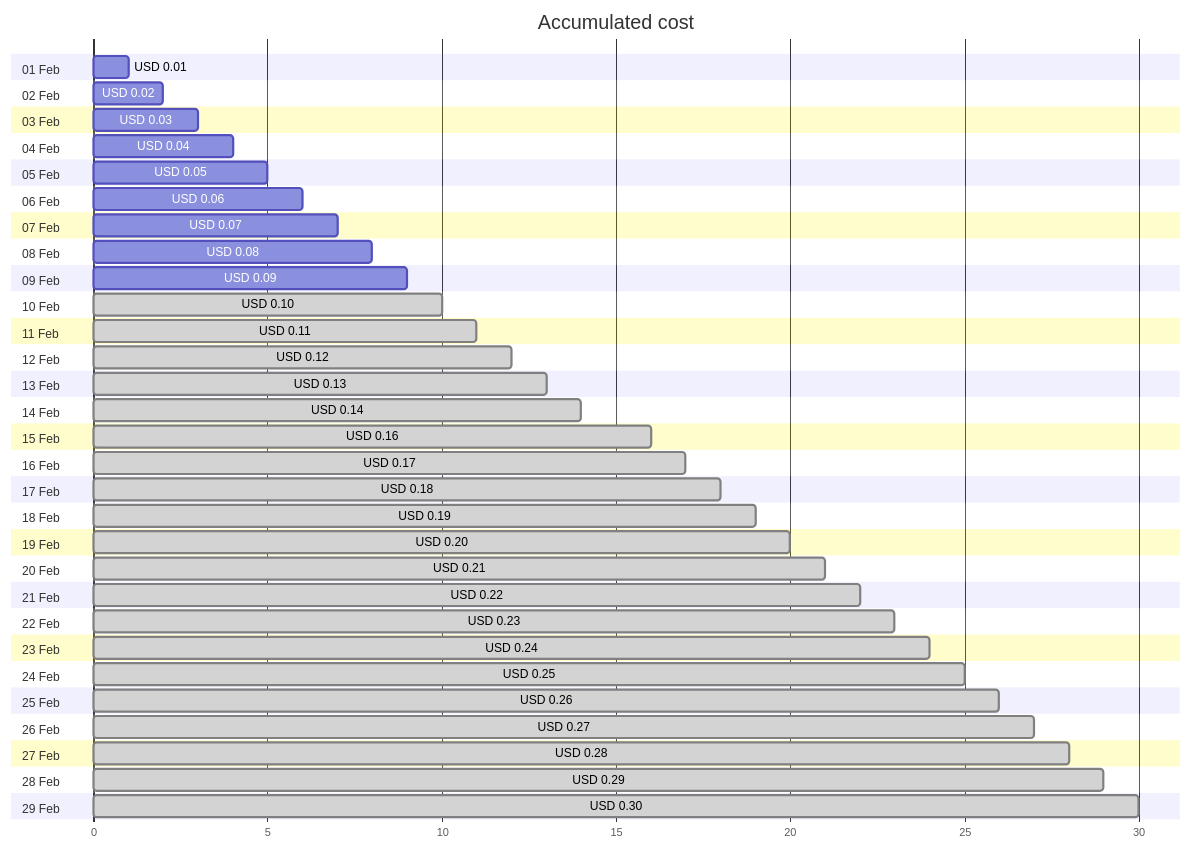
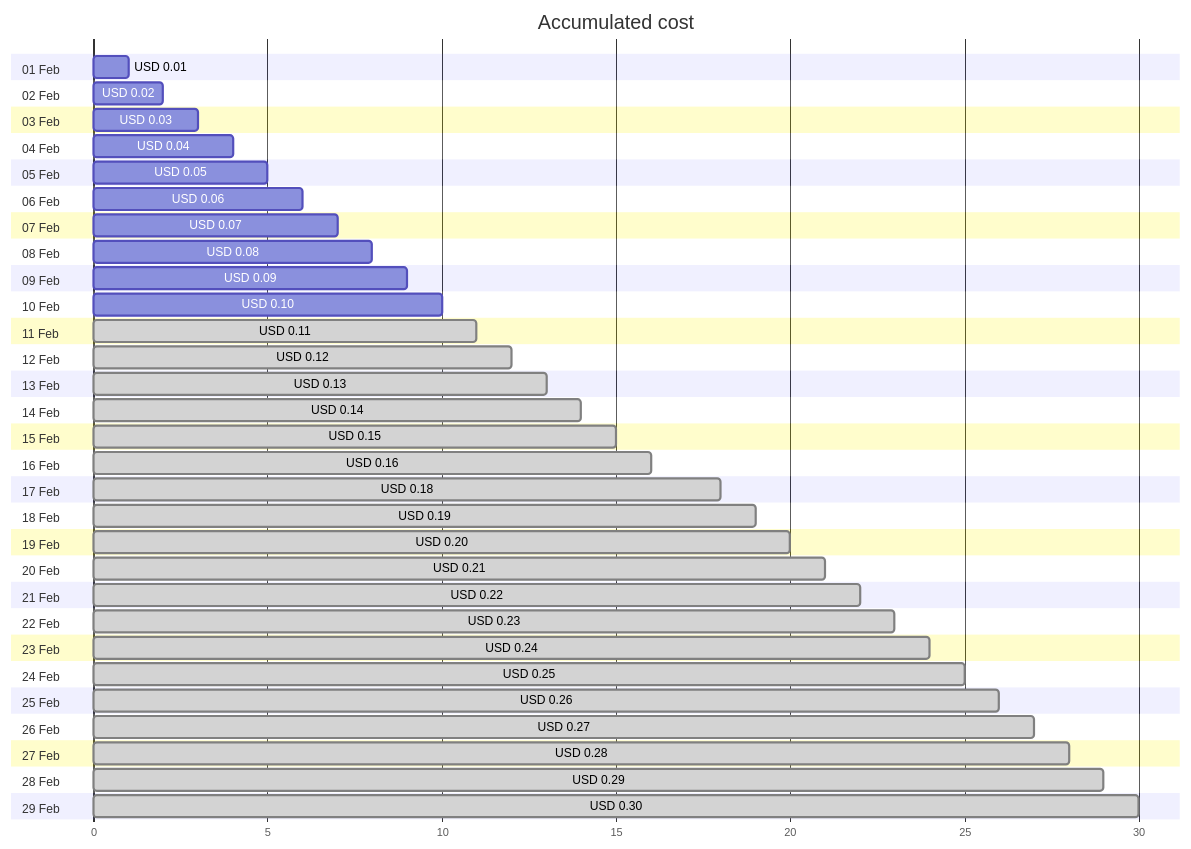
Before and after one commit to jpfulton/azure-personal-reports: the first of 4 diagrams in cost-reports/cloud-shell-storage-eastus/README.md, drawn with Mermaid. The commit also changed other lines of this file and 1 other file, not shown here.

````diff
--- a/cost-reports/cloud-shell-storage-eastus/README.md
+++ b/cost-reports/cloud-shell-storage-eastus/README.md
@@ -20,64 +20,64 @@
 ```mermaid
 gantt
    title Accumulated cost
    dateFormat  X
    axisFormat %s
    section 01 Feb
    USD 0.01 :0, 1
    section 02 Feb
    USD 0.02 :0, 2
    section 03 Feb
    USD 0.03 :0, 3
    section 04 Feb
    USD 0.04 :0, 4
    section 05 Feb
    USD 0.05 :0, 5
    section 06 Feb
    USD 0.06 :0, 6
    section 07 Feb
    USD 0.07 :0, 7
    section 08 Feb
    USD 0.08 :0, 8
    section 09 Feb
    USD 0.09 :0, 9
    section 10 Feb
-   USD 0.10 : done, 0, 10
+   USD 0.10 :0, 10
    section 11 Feb
    USD 0.11 : done, 0, 11
    section 12 Feb
    USD 0.12 : done, 0, 12
    section 13 Feb
    USD 0.13 : done, 0, 13
    section 14 Feb
    USD 0.14 : done, 0, 14
    section 15 Feb
+   USD 0.15 : done, 0, 15
+   section 16 Feb
    USD 0.16 : done, 0, 16
-   section 16 Feb
-   USD 0.17 : done, 0, 17
    section 17 Feb
    USD 0.18 : done, 0, 18
    section 18 Feb
    USD 0.19 : done, 0, 19
    section 19 Feb
    USD 0.20 : done, 0, 20
    section 20 Feb
    USD 0.21 : done, 0, 21
    section 21 Feb
    USD 0.22 : done, 0, 22
    section 22 Feb
    USD 0.23 : done, 0, 23
    section 23 Feb
    USD 0.24 : done, 0, 24
    section 24 Feb
    USD 0.25 : done, 0, 25
    section 25 Feb
    USD 0.26 : done, 0, 26
    section 26 Feb
    USD 0.27 : done, 0, 27
    section 27 Feb
    USD 0.28 : done, 0, 28
    section 28 Feb
    USD 0.29 : done, 0, 29
    section 29 Feb
    USD 0.30 : done, 0, 30
 ```
````
